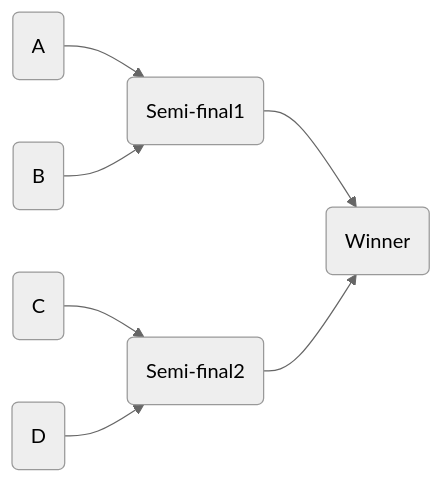
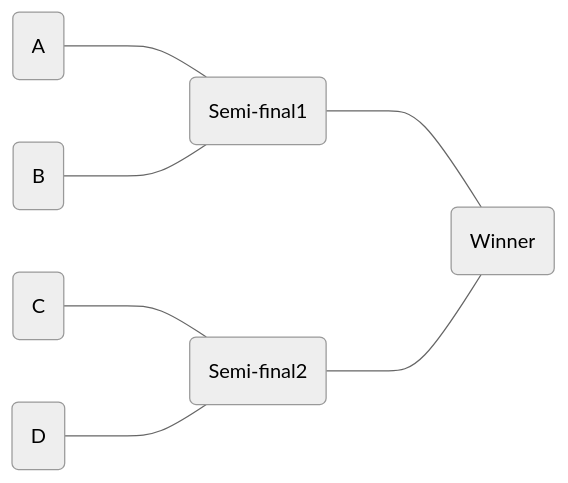
The diagram in README.md (vgmda/CompetitionTracker), drawn with Mermaid (neutral theme) before and after one commit.

````diff
--- a/README.md
+++ b/README.md
@@ -7,11 +7,10 @@
 ```mermaid
 graph LR;
-A1(A)-->Semi-final1(Semi-final1);
-B1(B)-->Semi-final1(Semi-final1);
-C1(C)-->Semi-final2(Semi-final2);
-D1(D)-->Semi-final2(Semi-final2);
-Semi-final1(Semi-final1)-->Winner(Winner);
-Semi-final2(Semi-final2)-->Winner(Winner);
-
+A1(A)----Semi-final1(Semi-final1);
+B1(B)----Semi-final1(Semi-final1);
+C1(C)----Semi-final2(Semi-final2);
+D1(D)----Semi-final2(Semi-final2);
+Semi-final1(Semi-final1)----Winner(Winner);
+Semi-final2(Semi-final2)----Winner(Winner);
 
 ```
````
